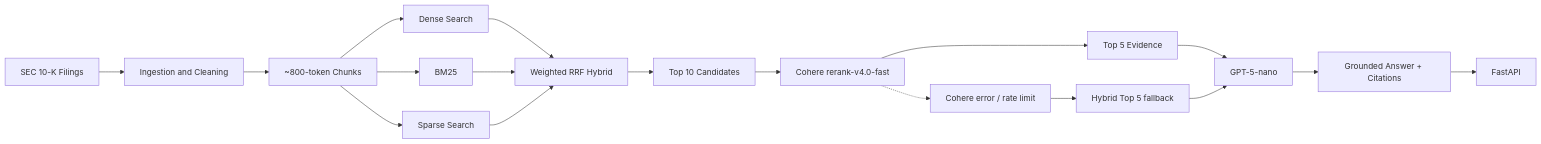
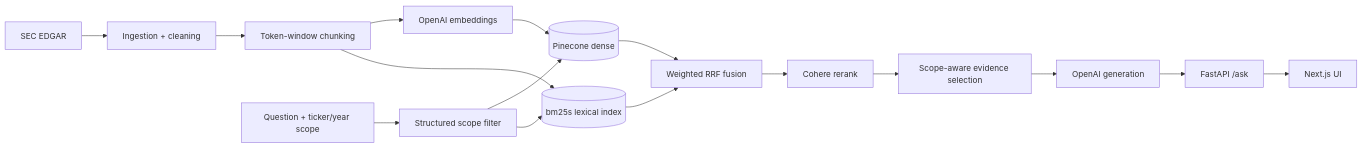
One commit to Rishi-creator-11/sec-rag-engine changed the diagram in README.md. Above: the diagram before and after it, drawn with Mermaid. The commit also changed other lines of this file, not shown here.

````diff
--- a/README.md
+++ b/README.md
@@ -19,20 +27,19 @@
 ```mermaid
 flowchart LR
-    A[SEC 10-K Filings] --> B[Ingestion and Cleaning]
-    B --> C["~800-token Chunks"]
-    C --> D[Dense Search]
-    C --> E[BM25]
-    C --> F[Sparse Search]
-    D --> G[Weighted RRF Hybrid]
-    E --> G
-    F --> G
-    G --> H[Top 10 Candidates]
-    H --> I[Cohere rerank-v4.0-fast]
-    I --> J[Top 5 Evidence]
-    J --> K[GPT-5-nano]
-    K --> L[Grounded Answer + Citations]
-    L --> M[FastAPI]
-    I -.-> N[Cohere error / rate limit]
-    N --> O[Hybrid Top 5 fallback]
-    O --> K
+    EDGAR[SEC EDGAR] --> ING[Ingestion + cleaning]
+    ING --> CHUNK[Token-window chunking]
+    CHUNK --> EMB[OpenAI embeddings]
+    EMB --> DENSE[(Pinecone dense)]
+    CHUNK --> BM25[(bm25s lexical index)]
+
+    Q[Question + ticker/year scope] --> FILTER[Structured scope filter]
+    FILTER --> DENSE
+    FILTER --> BM25
+    DENSE --> RRF[Weighted RRF fusion]
+    BM25 --> RRF
+    RRF --> RERANK[Cohere rerank]
+    RERANK --> SELECT[Scope-aware evidence selection]
+    SELECT --> GEN[OpenAI generation]
+    GEN --> API[FastAPI /ask]
+    API --> UI[Next.js UI]
 ```
````
